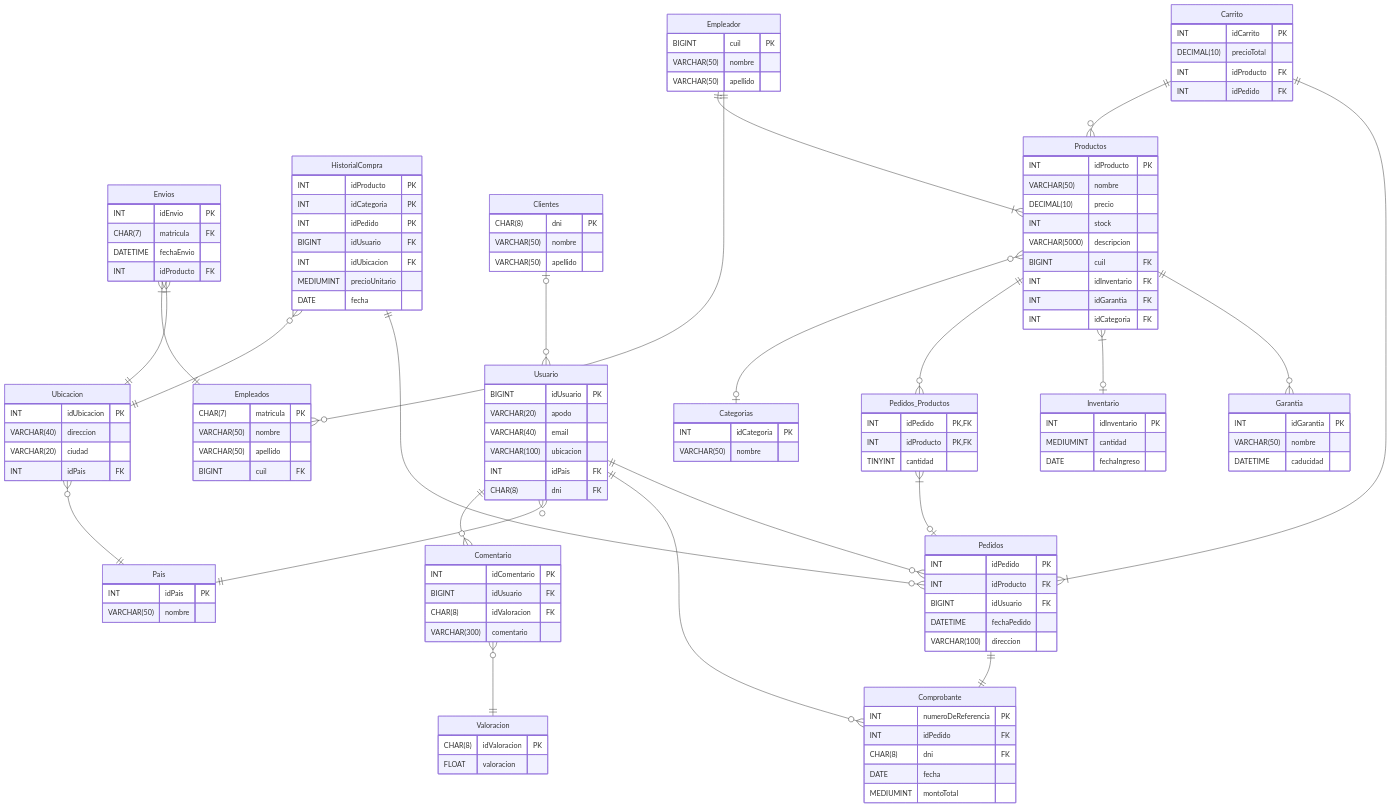
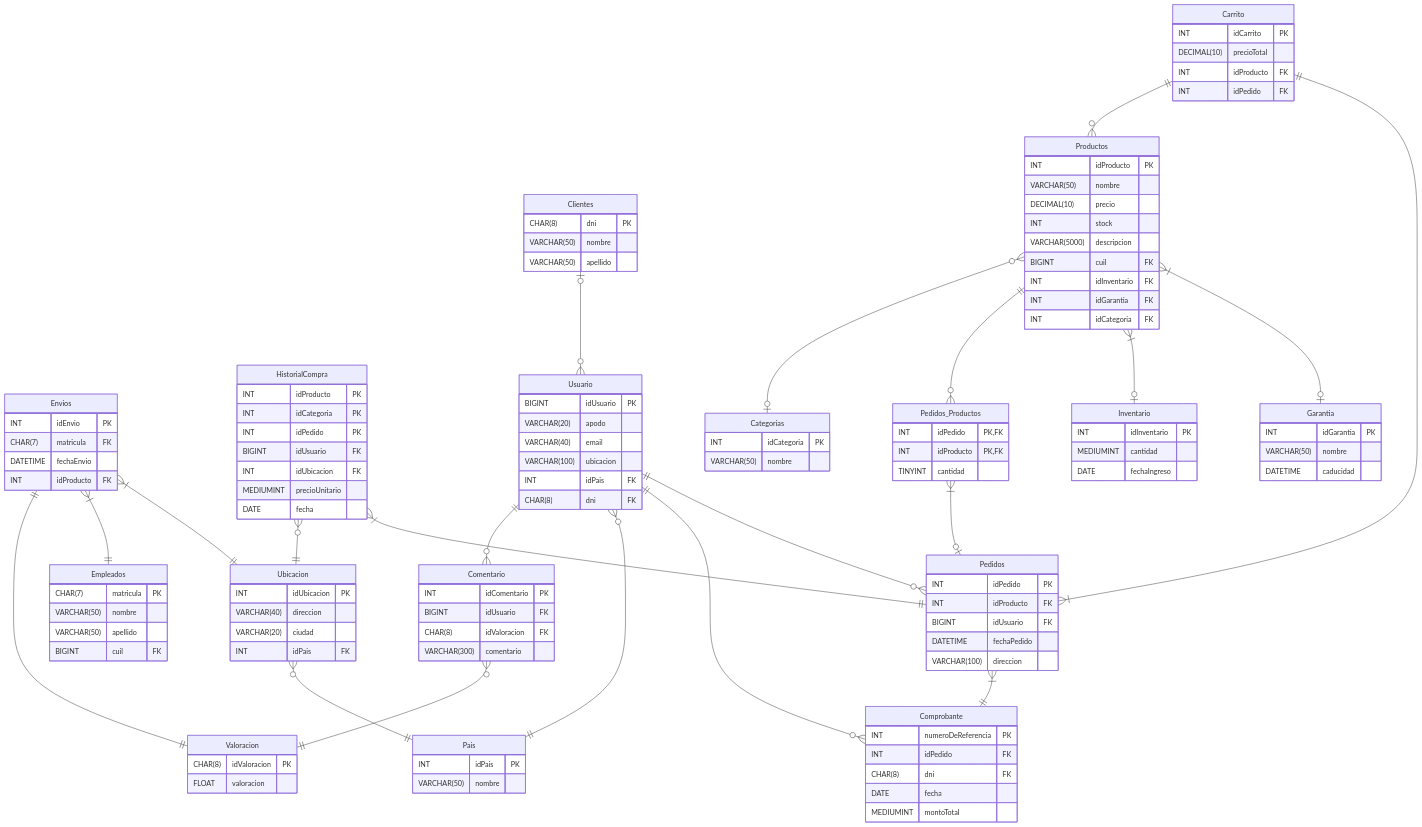
One commit to Darkops56/BD_TiendaOnline changed the diagram in README.md. Above: the diagram before and after it, drawn with Mermaid. The commit also changed 2 other files, not shown here.

Commit message:
TiendaOnline V1.1

```diff
--- a/README.md
+++ b/README.md
@@ -101,12 +101,6 @@
         BIGINT cuil FK
     }
 
-    Empleador {
-        BIGINT cuil PK
-        VARCHAR(50) nombre
-        VARCHAR(50) apellido
-    }
-
     Comprobante {
         INT numeroDeReferencia PK
         INT idPedido FK
@@ -148,25 +142,24 @@
 
     Envios }|--|| Ubicacion : ""
     Carrito ||--|{ Pedidos : ""
-    Productos ||--o{ Garantia : ""
+    Productos }|--o| Garantia : ""
     Envios }|--|| Empleados: ""
-    HistorialCompra ||--o{ Pedidos : ""
+    HistorialCompra }|--|| Pedidos : ""
     HistorialCompra }o--|| Ubicacion : ""
     Clientes |o--o{ Usuario : ""
     Productos }|--o| Inventario : ""
-    Empleador ||--o{ Empleados : ""
     Usuario ||--o{ Pedidos : ""
     Usuario ||--o{ Comprobante : ""
     Productos ||--o{ Pedidos_Productos: ""
     Usuario }o--|| Pais : ""
     Pedidos_Productos }|--o| Pedidos : ""
-    Pedidos ||--|| Comprobante : ""
+    Pedidos }|--|| Comprobante : ""
     Comentario }o--|| Valoracion : ""
-    Empleador ||--|{ Productos: ""
     Productos }o--o| Categorias : ""
     Carrito ||--o{ Productos : ""
     Ubicacion }o--|| Pais : ""
     Usuario ||--o{ Comentario : ""
+    Envios ||--|| Valoracion : ""
 
 
 
```
